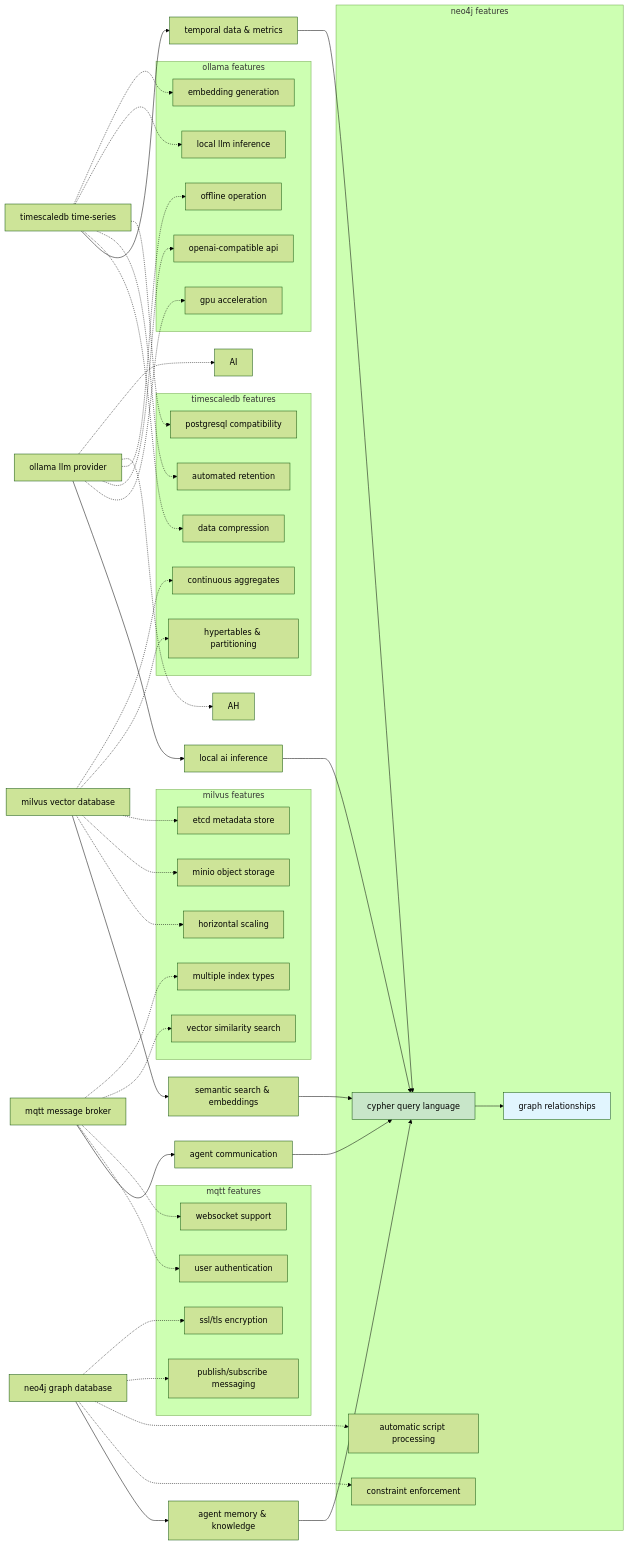
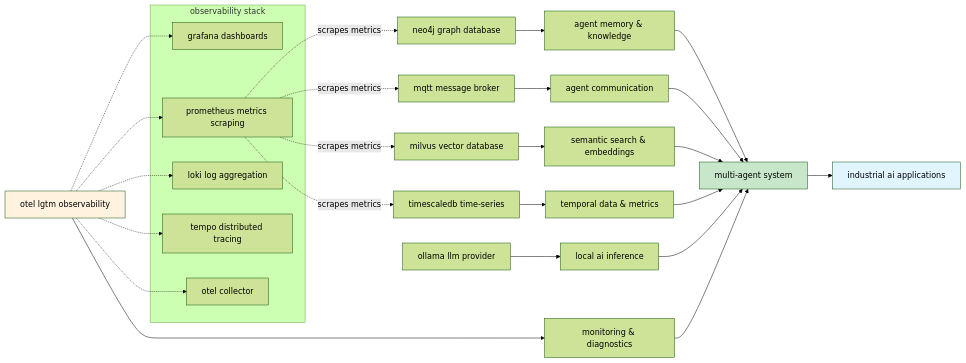
Before and after one commit to XMPro/Multi-Agent: the ninth of 12 diagrams in docs/installation/docker/complete-deployment-flowchart.md, drawn with Mermaid (forest theme). The commit also changed other lines of this file and 7 other files, not shown here.

First line of the commit message:
docs: add OTEL LGTM observability stack to Docker installation

````diff
--- a/docs/installation/docker/complete-deployment-flowchart.md
+++ b/docs/installation/docker/complete-deployment-flowchart.md
@@ -349,81 +459,38 @@
     C[milvus vector database] --> H[semantic search & embeddings]
     D[timescaledb time-series] --> I[temporal data & metrics]
     E[ollama llm provider] --> J[local ai inference]
-    
+    OT[otel lgtm observability] --> OBS[monitoring & diagnostics]
+
     F --> K[multi-agent system]
     G --> K
     H --> K
     I --> K
     J --> K
-    
+    OBS --> K
+
     K --> L[industrial ai applications]
-    
-    subgraph "neo4j features"
-        K[cypher query language]
-        L[graph relationships]
-        M[constraint enforcement]
-        N[automatic script processing]
+
+    subgraph "observability stack"
+        OT1[grafana dashboards]
+        OT2[prometheus metrics scraping]
+        OT3[loki log aggregation]
+        OT4[tempo distributed tracing]
+        OT5[otel collector]
     end
-    
-    subgraph "mqtt features"
-        O[publish/subscribe messaging]
-        P[ssl/tls encryption]
-        Q[user authentication]
-        R[websocket support]
-    end
-    
-    subgraph "milvus features"
-        S[vector similarity search]
-        T[multiple index types]
-        U[horizontal scaling]
-        V[minio object storage]
-        W[etcd metadata store]
-    end
-    
-    subgraph "timescaledb features"
-        X[hypertables & partitioning]
-        Y[continuous aggregates]
-        Z[data compression]
-        AA[automated retention]
-        AB[postgresql compatibility]
-    end
-    
-    subgraph "ollama features"
-        AC[local llm inference]
-        AD[embedding generation]
-        AE[gpu acceleration]
-        AF[openai-compatible api]
-        AG[offline operation]
-    end
-    
-    A -.-> M
-    A -.-> N
-    A -.-> O
-    A -.-> P
-    
-    B -.-> Q
-    B -.-> R
-    B -.-> S
-    B -.-> T
-    
-    C -.-> U
-    C -.-> V
-    C -.-> W
-    C -.-> X
-    C -.-> Y
-    
-    D -.-> Z
-    D -.-> AA
-    D -.-> AB
-    D -.-> AC
-    D -.-> AD
-    
-    E -.-> AE
-    E -.-> AF
-    E -.-> AG
-    E -.-> AH
-    E -.-> AI
-    
+
+    OT -.-> OT1
+    OT -.-> OT2
+    OT -.-> OT3
+    OT -.-> OT4
+    OT -.-> OT5
+
+    %% Observability connections to services
+    OT2 -.->|scrapes metrics| A
+    OT2 -.->|scrapes metrics| B
+    OT2 -.->|scrapes metrics| C
+    OT2 -.->|scrapes metrics| D
+
     style K fill:#c8e6c9
     style L fill:#e1f5fe
+    style OT fill:#fff3e0
 ```
````
